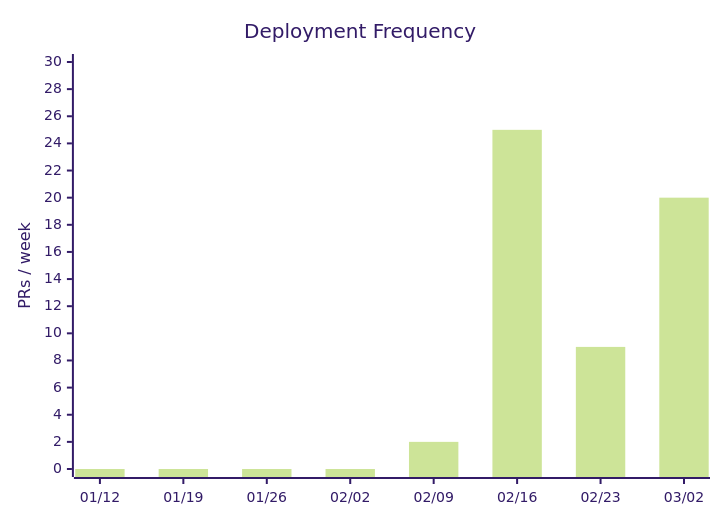
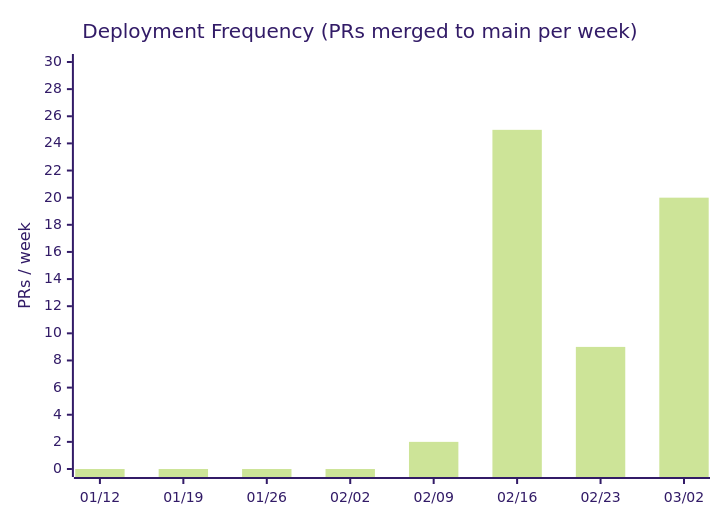
The second of 14 diagrams in docs/metrics.md (nablarch/nabledge-dev), drawn with Mermaid (forest theme) before and after one commit. The commit also changed other lines of this file and 4 other files, not shown here.

First line of the commit message:
feat: overhaul metrics output with charts, fix SLOC to v6 only, add label guidelines

````diff
--- a/docs/metrics.md
+++ b/docs/metrics.md
@@ -18,7 +24,7 @@
 ```mermaid
 xychart-beta
-  title "Deployment Frequency"
+  title "Deployment Frequency (PRs merged to main per week)"
   x-axis ["01/12", "01/19", "01/26", "02/02", "02/09", "02/16", "02/23", "03/02"]
   y-axis "PRs / week" 0 --> 30
   bar [0, 0, 0, 0, 2, 25, 9, 20]
 ```
````
